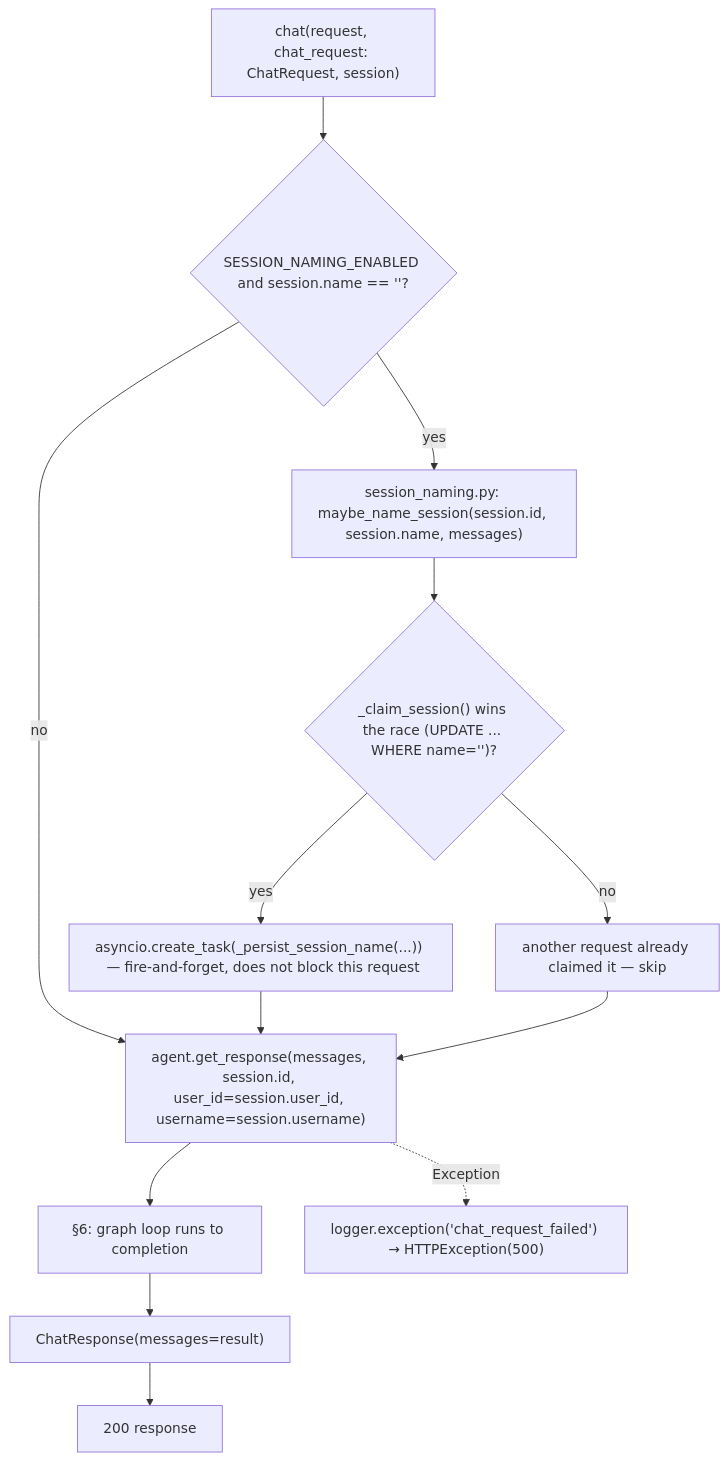
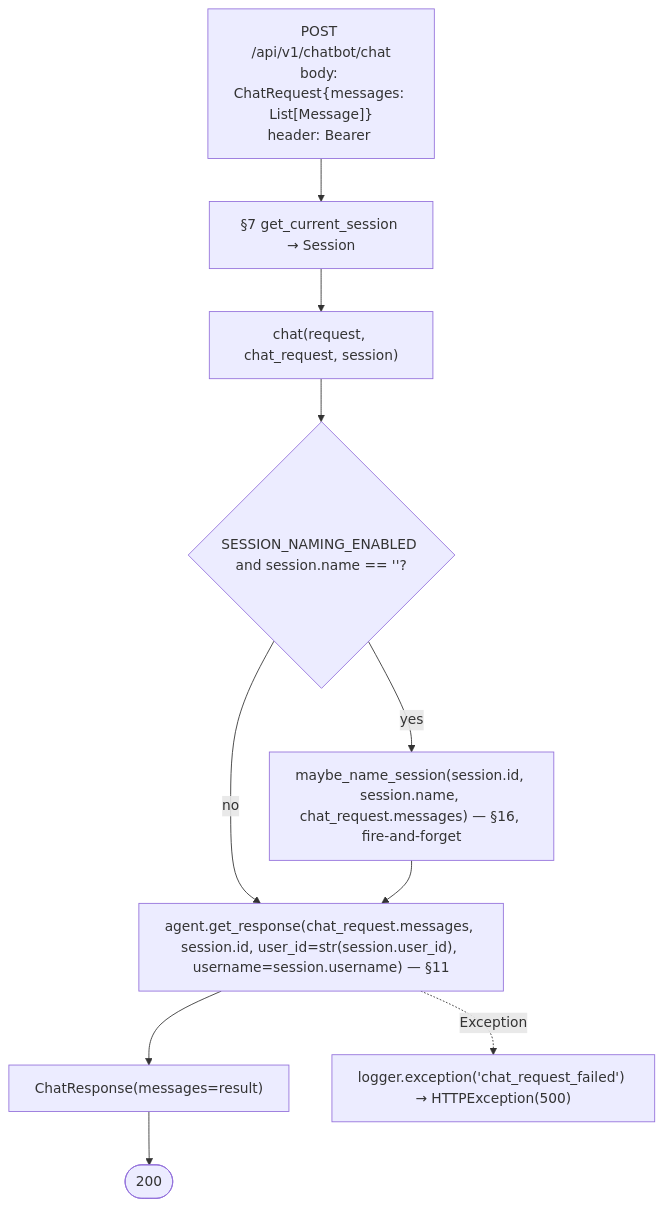
The ninth of 18 diagrams in dataflow.md (yashwilk/Craster_ChatBot), drawn with Mermaid before and after one commit. The commit also changed other lines of this file, not shown here.

````diff
--- a/dataflow.md
+++ b/dataflow.md
@@ -248,15 +315,12 @@
 ```mermaid
 flowchart TD
-    A["chat(request, chat_request: ChatRequest, session)"] --> B{"SESSION_NAMING_ENABLED and session.name == ''?"}
-    B -- yes --> C["session_naming.py: maybe_name_session(session.id, session.name, messages)"]
-    C --> C1{"_claim_session() wins the race (UPDATE ... WHERE name='')?"}
-    C1 -- yes --> C2["asyncio.create_task(_persist_session_name(...))  — fire-and-forget, does not block this request"]
-    C1 -- no --> C3["another request already claimed it — skip"]
-    B -- no --> D
-    C2 --> D
-    C3 --> D
-    D["agent.get_response(messages, session.id, user_id=session.user_id, username=session.username)"] --> E["§6: graph loop runs to completion"]
-    E --> F["ChatResponse(messages=result)"]
-    F --> G["200 response"]
-    D -.->|"Exception"| H["logger.exception('chat_request_failed') → HTTPException(500)"]
+    A["POST /api/v1/chatbot/chat\nbody: ChatRequest{messages: List[Message]}\nheader: Bearer <session token>"] --> B["§7 get_current_session → Session"]
+    B --> C["chat(request, chat_request, session)"]
+    C --> D{"SESSION_NAMING_ENABLED and session.name == ''?"}
+    D -- yes --> E["maybe_name_session(session.id, session.name, chat_request.messages) — §16, fire-and-forget"]
+    D -- no --> F
+    E --> F["agent.get_response(chat_request.messages, session.id, user_id=str(session.user_id), username=session.username) — §11"]
+    F --> G["ChatResponse(messages=result)"]
+    G --> H(["200"])
+    F -.->|Exception| I["logger.exception('chat_request_failed') → HTTPException(500)"]
 ```
````
